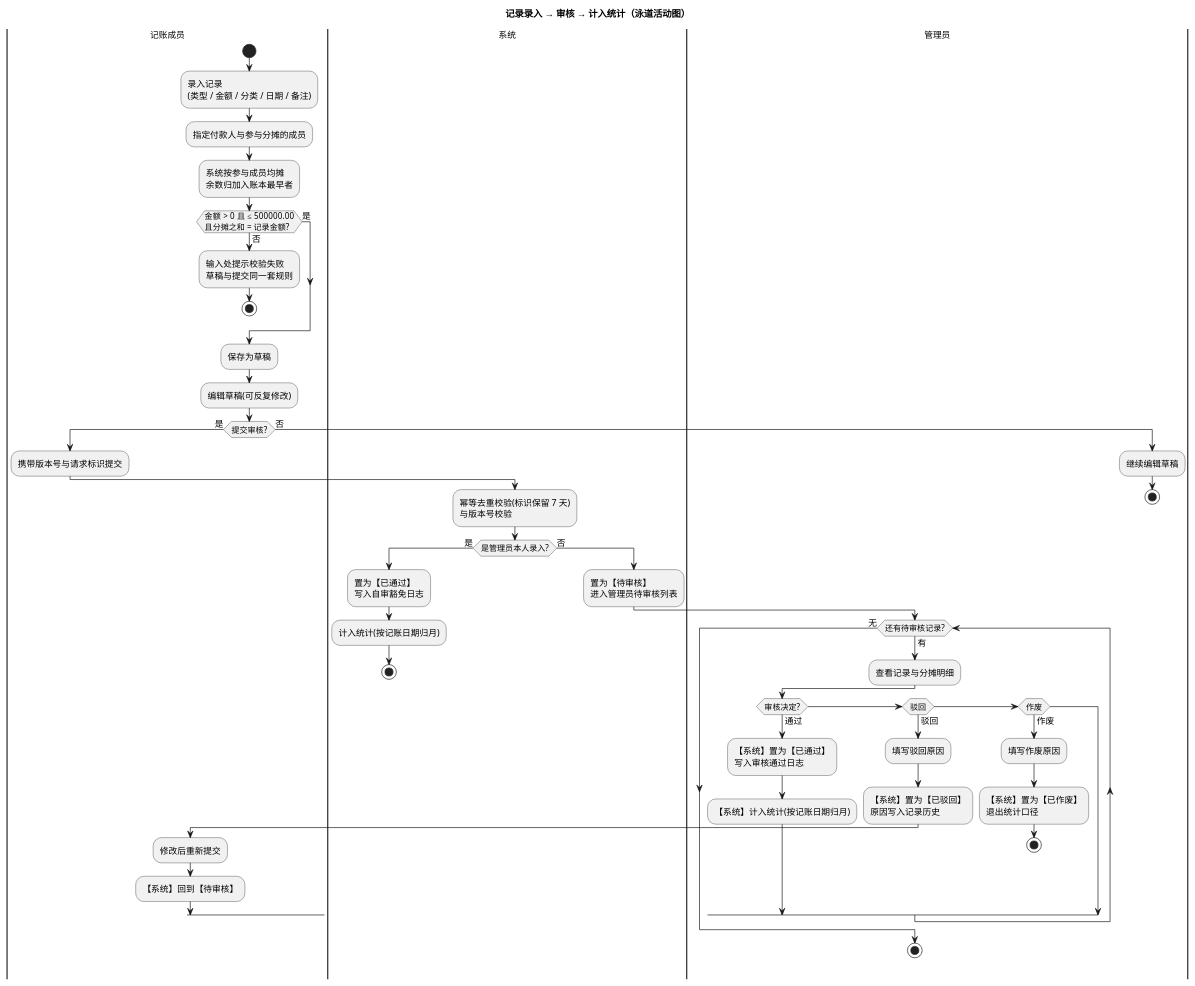
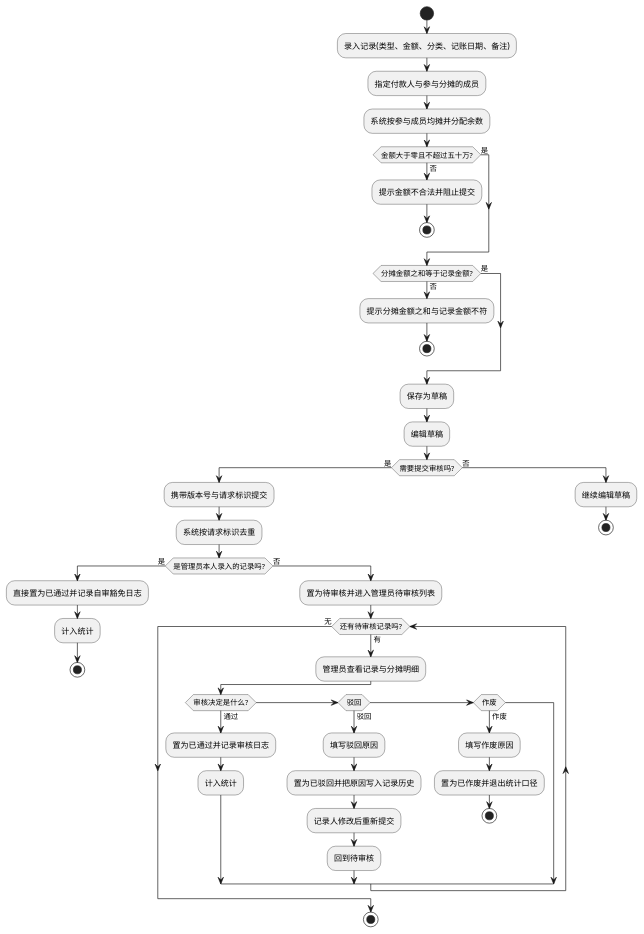
The diagram in lab2/UML/UML活动图.puml (Gingersleaf/SE_lab1), drawn with PlantUML before and after one commit. The commit also changed 9 other files, not shown here.

```diff
--- a/lab2/UML/UML活动图.puml
+++ b/lab2/UML/UML活动图.puml
@@ -1,63 +1,61 @@
-@startuml UML活动图
-'============================================================
-' 多人共享记账系统 —— 记录录入到计入统计的活动图
-' 泳道：记账成员 / 管理员 / 系统
-' 说明：为保持泳道清晰，循环内部的系统动作写在活动文字中标注
-'============================================================
-title 记录录入 → 审核 → 计入统计（泳道活动图）
+@startuml "活动图 - 多人共享记账系统"
+skinparam defaultFontName "Microsoft YaHei"
 skinparam backgroundColor #FFFFFF
-skinparam defaultFontName "Microsoft YaHei"
-skinparam defaultFontSize 13
-skinparam shadowing false
-skinparam activityDiamondFontSize 12
-skinparam nodesep 30
-skinparam ranksep 32
 
-|记账成员|
 start
-:录入记录\n(类型 / 金额 / 分类 / 日期 / 备注);
+
+:录入记录(类型、金额、分类、记账日期、备注);
 :指定付款人与参与分摊的成员;
-:系统按参与成员均摊\n余数归加入账本最早者;
-if (金额 > 0 且 ≤ 500000.00\n且分摊之和 = 记录金额?) then (否)
-  :输入处提示校验失败\n草稿与提交同一套规则;
+:系统按参与成员均摊并分配余数;
+
+if (金额大于零且不超过五十万?) then (否)
+  :提示金额不合法并阻止提交;
   stop
 else (是)
 endif
+
+if (分摊金额之和等于记录金额?) then (否)
+  :提示分摊金额之和与记录金额不符;
+  stop
+else (是)
+endif
+
 :保存为草稿;
-:编辑草稿(可反复修改);
-if (提交审核?) then (是)
+:编辑草稿;
+
+if (需要提交审核吗?) then (是)
   :携带版本号与请求标识提交;
-  |系统|
-  :幂等去重校验(标识保留 7 天)\n与版本号校验;
-  if (是管理员本人录入?) then (是)
-    :置为【已通过】\n写入自审豁免日志;
-    :计入统计(按记账日期归月);
+  :系统按请求标识去重;
+
+  if (是管理员本人录入的记录吗?) then (是)
+    :直接置为已通过并记录自审豁免日志;
+    :计入统计;
     stop
   else (否)
-    :置为【待审核】\n进入管理员待审核列表;
-    |管理员|
-    while (还有待审核记录?) is (有)
-      :查看记录与分摊明细;
-      if (审核决定?) then (通过)
-        :【系统】置为【已通过】\n写入审核通过日志;
-        :【系统】计入统计(按记账日期归月);
+    :置为待审核并进入管理员待审核列表;
+
+    while (还有待审核记录吗?) is (有)
+      :管理员查看记录与分摊明细;
+
+      if (审核决定是什么?) then (通过)
+        :置为已通过并记录审核日志;
+        :计入统计;
       elseif (驳回) then (驳回)
         :填写驳回原因;
-        :【系统】置为【已驳回】\n原因写入记录历史;
-        |记账成员|
-        :修改后重新提交;
-        :【系统】回到【待审核】;
-        |管理员|
+        :置为已驳回并把原因写入记录历史;
+        :记录人修改后重新提交;
+        :回到待审核;
       elseif (作废) then (作废)
         :填写作废原因;
-        :【系统】置为【已作废】\n退出统计口径;
+        :置为已作废并退出统计口径;
         stop
       endif
     endwhile (无)
+
     stop
   endif
 else (否)
   :继续编辑草稿;
   stop
 endif
 @enduml
```
